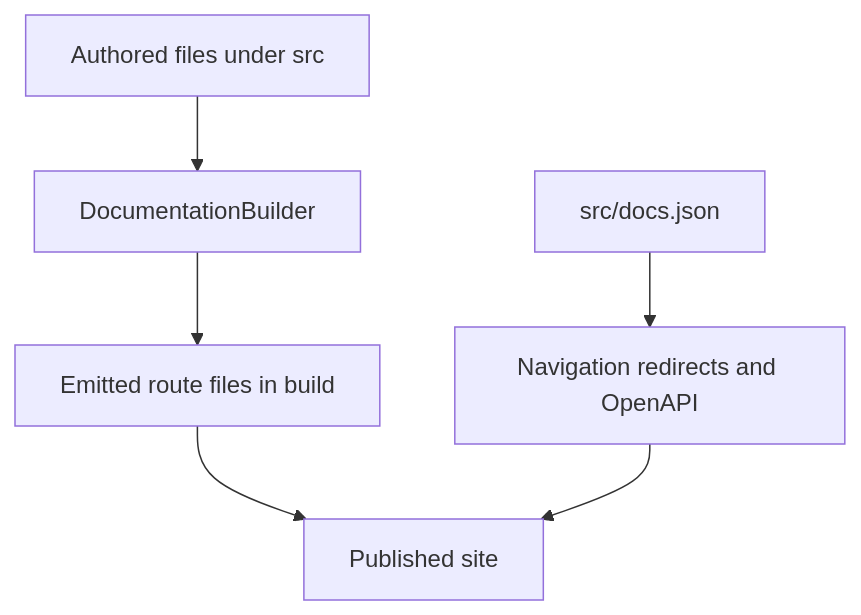
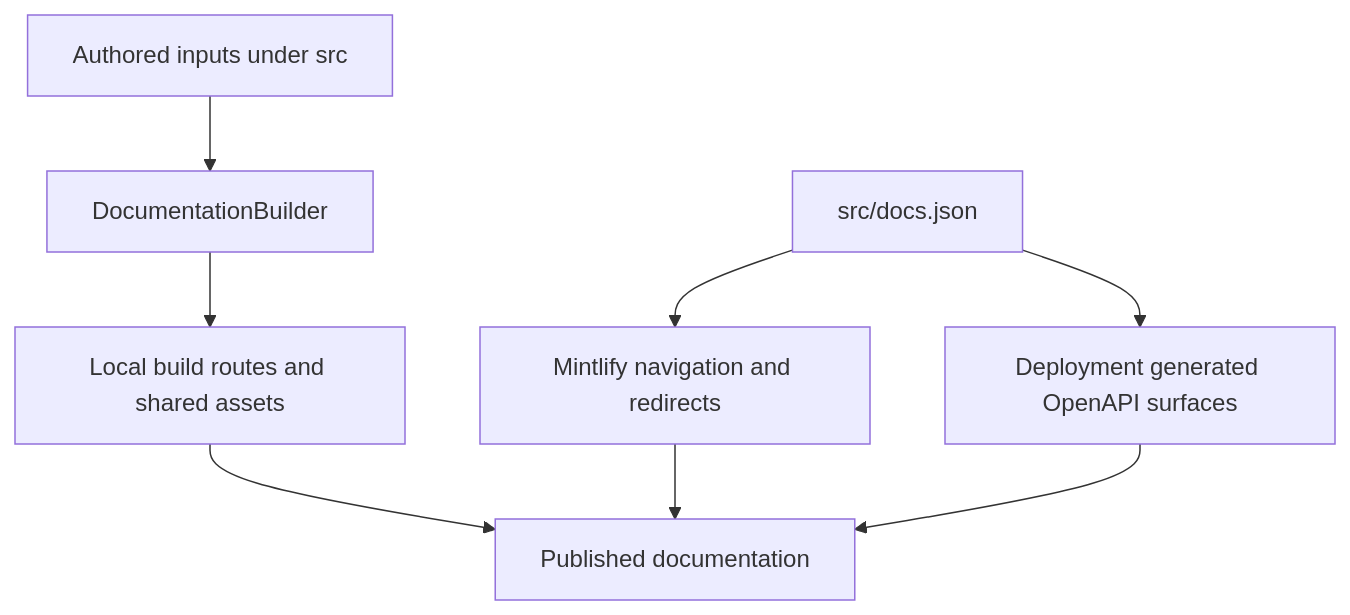
Before and after one commit to langchain-ai/docs: the diagram in openwiki/architecture/source-map.md, drawn with Mermaid. The commit also changed other lines of this file and 32 other files, not shown here.

````diff
--- a/openwiki/architecture/source-map.md
+++ b/openwiki/architecture/source-map.md
@@ -37,8 +27,10 @@
 ```mermaid
 flowchart TD
-    Authored["Authored files under src"] --> Builder["DocumentationBuilder"]
-    Builder --> Routes["Emitted route files in build"]
-    Config["src/docs.json"] --> Mintlify["Navigation redirects and OpenAPI"]
-    Routes --> Site["Published site"]
-    Mintlify --> Site
+    Authored["Authored inputs under src"] --> Builder["DocumentationBuilder"]
+    Builder --> Routes["Local build routes and shared assets"]
+    Config["src/docs.json"] --> Navigation["Mintlify navigation and redirects"]
+    Config --> OpenAPI["Deployment generated OpenAPI surfaces"]
+    Routes --> Published["Published documentation"]
+    Navigation --> Published
+    OpenAPI --> Published
 ```
````
